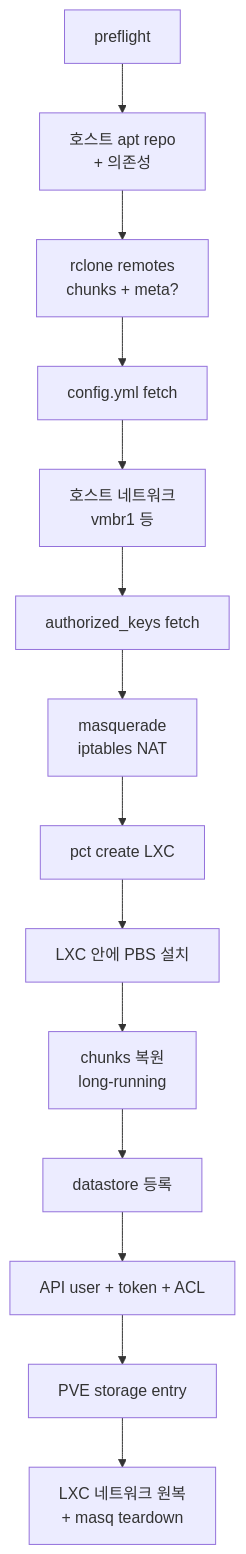
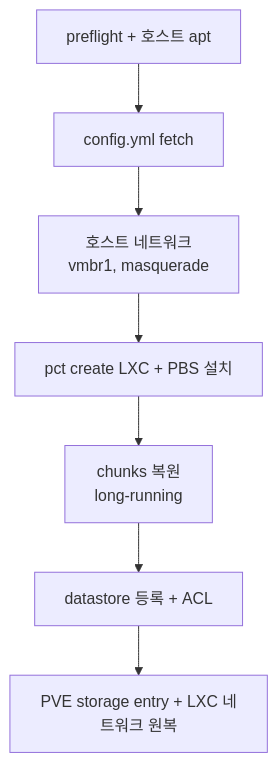
The diagram in README.ko.md (bigpie1367/pbs-bootstrap), drawn with Mermaid before and after one commit. The commit also changed other lines of this file and 1 other file, not shown here.

````diff
--- a/README.ko.md
+++ b/README.ko.md
@@ -85,16 +21,9 @@
 ```mermaid
 flowchart TB
-    P1[preflight] --> P2[호스트 apt repo<br/>+ 의존성]
-    P2 --> P3[rclone remotes<br/>chunks + meta?]
-    P3 --> P4[config.yml fetch]
-    P4 --> P5[호스트 네트워크<br/>vmbr1 등]
-    P5 --> P6[authorized_keys fetch]
-    P6 --> P7[masquerade<br/>iptables NAT]
-    P7 --> P8[pct create LXC]
-    P8 --> P9[LXC 안에 PBS 설치]
-    P9 --> P10[chunks 복원<br/>long-running]
-    P10 --> P11[datastore 등록]
-    P11 --> P12[API user + token + ACL]
-    P12 --> P13[PVE storage entry]
-    P13 --> P14[LXC 네트워크 원복<br/>+ masq teardown]
+    P1[preflight + 호스트 apt] --> P2[config.yml fetch]
+    P2 --> P3[호스트 네트워크<br/>vmbr1, masquerade]
+    P3 --> P4[pct create LXC + PBS 설치]
+    P4 --> P5[chunks 복원<br/>long-running]
+    P5 --> P6[datastore 등록 + ACL]
+    P6 --> P7[PVE storage entry + LXC 네트워크 원복]
 ```
````
